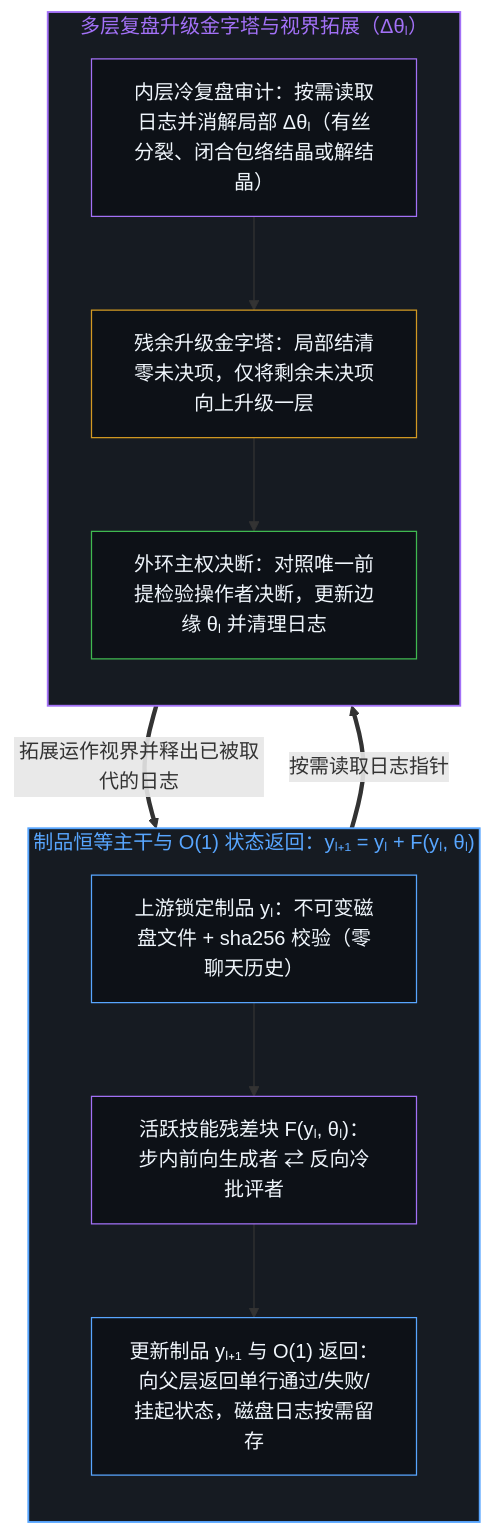
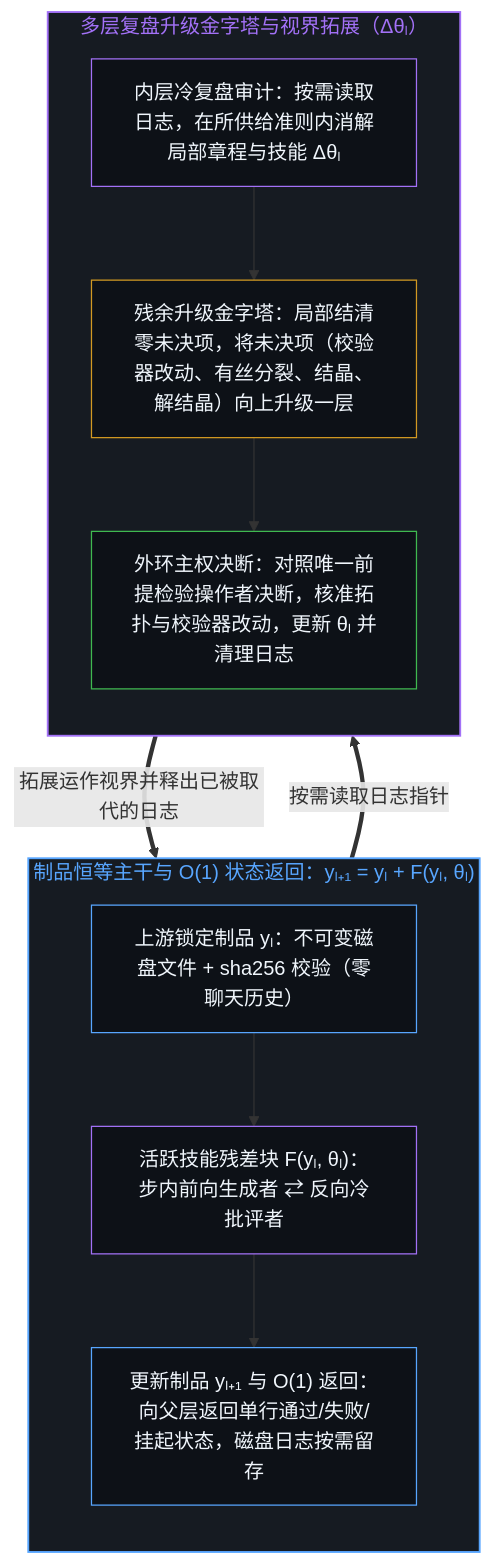
One commit to powerpig99/not-a-toe changed the third of 4 diagrams in content/posts/dynamic-resnet-of-skill-loops.md. Above: the diagram before and after it, drawn with Mermaid. The commit also changed other lines of this file and 4 other files, not shown here.

````diff
--- a/content/posts/dynamic-resnet-of-skill-loops.md
+++ b/content/posts/dynamic-resnet-of-skill-loops.md
@@ -115,27 +115,27 @@
 ```mermaid
 flowchart TD
     subgraph S_Highway["制品恒等主干与 O(1) 状态返回：yₗ₊₁ = yₗ + F(yₗ, θₗ)"]
         direction TB
         H_In["上游锁定制品 yₗ：不可变磁盘文件 + sha256 校验（零聊天历史）"]
         H_Block["活跃技能残差块 F(yₗ, θₗ)：步内前向生成者 ⇄ 反向冷批评者"]
         H_Out["更新制品 yₗ₊₁ 与 O(1) 返回：向父层返回单行通过/失败/挂起状态，磁盘日志按需留存"]
         H_In --> H_Block --> H_Out
     end
     subgraph S_Dynamic["多层复盘升级金字塔与视界拓展（Δθₗ）"]
         direction TB
-        D_Local["内层冷复盘审计：按需读取日志并消解局部 Δθₗ（有丝分裂、闭合包络结晶或解结晶）"]
-        D_Esc["残余升级金字塔：局部结清零未决项，仅将剩余未决项向上升级一层"]
-        D_Ratify["外环主权决断：对照唯一前提检验操作者决断，更新边缘 θₗ 并清理日志"]
+        D_Local["内层冷复盘审计：按需读取日志，在所供给准则内消解局部章程与技能 Δθₗ"]
+        D_Esc["残余升级金字塔：局部结清零未决项，将未决项（校验器改动、有丝分裂、结晶、解结晶）向上升级一层"]
+        D_Ratify["外环主权决断：对照唯一前提检验操作者决断，核准拓扑与校验器改动，更新 θₗ 并清理日志"]
         D_Local --> D_Esc --> D_Ratify
     end
     H_Out ==>|"按需读取日志指针"| D_Local
     D_Ratify ==>|"拓展运作视界并释出已被取代的日志"| H_In
     style S_Highway fill:#161b22,stroke:#58a6ff,stroke-width:1.5px,color:#58a6ff
     style S_Dynamic fill:#161b22,stroke:#a371f7,stroke-width:1.5px,color:#a371f7
     style H_In fill:#0d1117,stroke:#58a6ff,stroke-width:1px,color:#f0f6fc
     style H_Block fill:#0d1117,stroke:#a371f7,stroke-width:1px,color:#f0f6fc
     style H_Out fill:#0d1117,stroke:#58a6ff,stroke-width:1px,color:#f0f6fc
     style D_Local fill:#0d1117,stroke:#a371f7,stroke-width:1px,color:#f0f6fc
     style D_Esc fill:#0d1117,stroke:#d29922,stroke-width:1px,color:#f0f6fc
     style D_Ratify fill:#0d1117,stroke:#3fb950,stroke-width:1px,color:#f0f6fc
 ```
````
